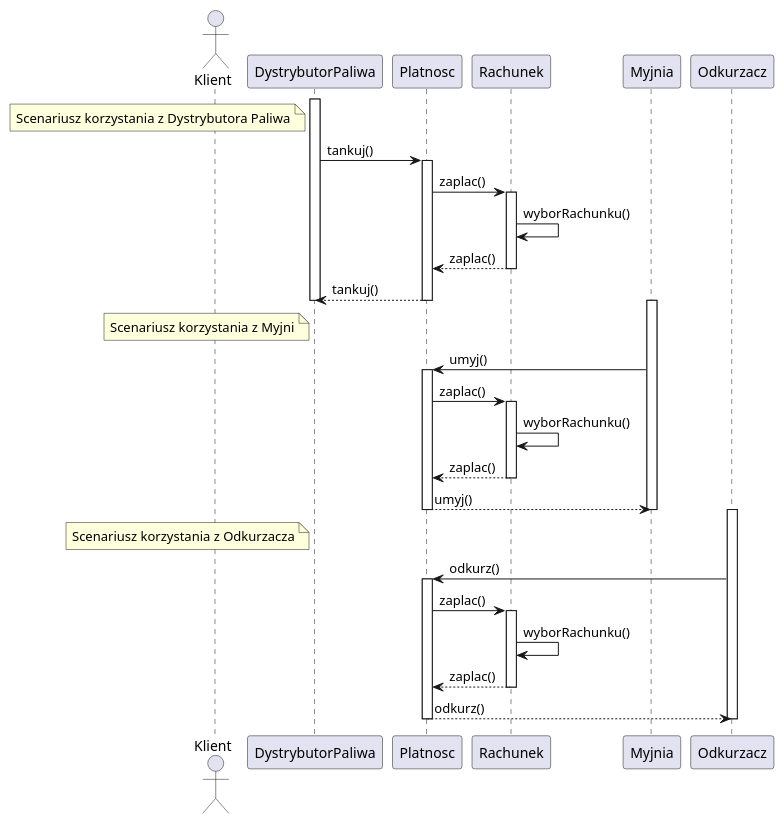
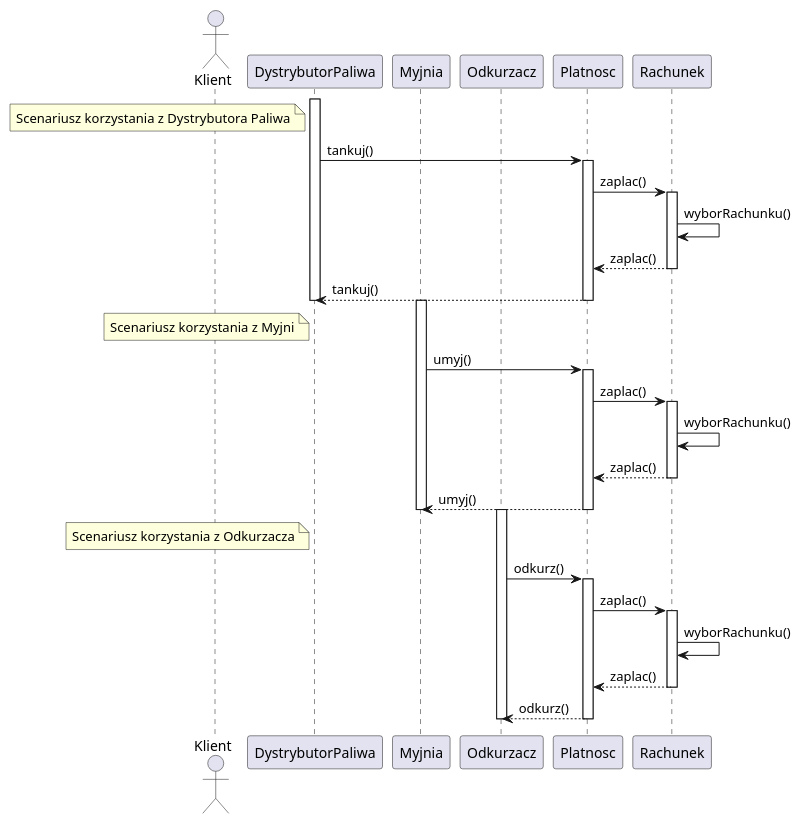
One commit to TheLongDistanceRunner2/ProjektowanieObiektowe2021 changed the diagram in STACJA_PALIW_SEQUENCE_DIAGRAM.plantuml. Above: the diagram before and after it, drawn with PlantUML. The commit also changed 1 other file, not shown here.

Commit message:
Sequence diagram final version

```diff
--- a/STACJA_PALIW_SEQUENCE_DIAGRAM.plantuml
+++ b/STACJA_PALIW_SEQUENCE_DIAGRAM.plantuml
@@ -1,59 +1,62 @@
 @startuml
 
 actor Klient
 note left DystrybutorPaliwa: Scenariusz korzystania z Dystrybutora Paliwa
 
 activate DystrybutorPaliwa
+participant Myjnia
+participant Odkurzacz
+
 DystrybutorPaliwa -> Platnosc : tankuj()
 
     activate Platnosc
         Platnosc -> Rachunek : zaplac()
     
         activate Rachunek
         Rachunek -> Rachunek : wyborRachunku()
     
         return zaplac()
     
     return tankuj()
 
 deactivate DystrybutorPaliwa
 deactivate Rachunek
 deactivate Platnosc
 
 note left DystrybutorPaliwa: Scenariusz korzystania z Myjni
 activate Myjnia
 Myjnia -> Platnosc : umyj()
 
     activate Platnosc
         Platnosc -> Rachunek : zaplac()
     
         activate Rachunek
         Rachunek -> Rachunek : wyborRachunku()
     
         return zaplac()
     
     return umyj()
 
 deactivate Myjnia
 deactivate Rachunek
 deactivate Platnosc
 
 note left DystrybutorPaliwa: Scenariusz korzystania z Odkurzacza
 activate Odkurzacz
 Odkurzacz -> Platnosc : odkurz()
 
     activate Platnosc
         Platnosc -> Rachunek : zaplac()
     
         activate Rachunek
         Rachunek -> Rachunek : wyborRachunku()
     
         return zaplac()
     
     return odkurz()
 
 deactivate Odkurzacz
 deactivate Rachunek
 deactivate Platnosc
 
 @enduml
```
